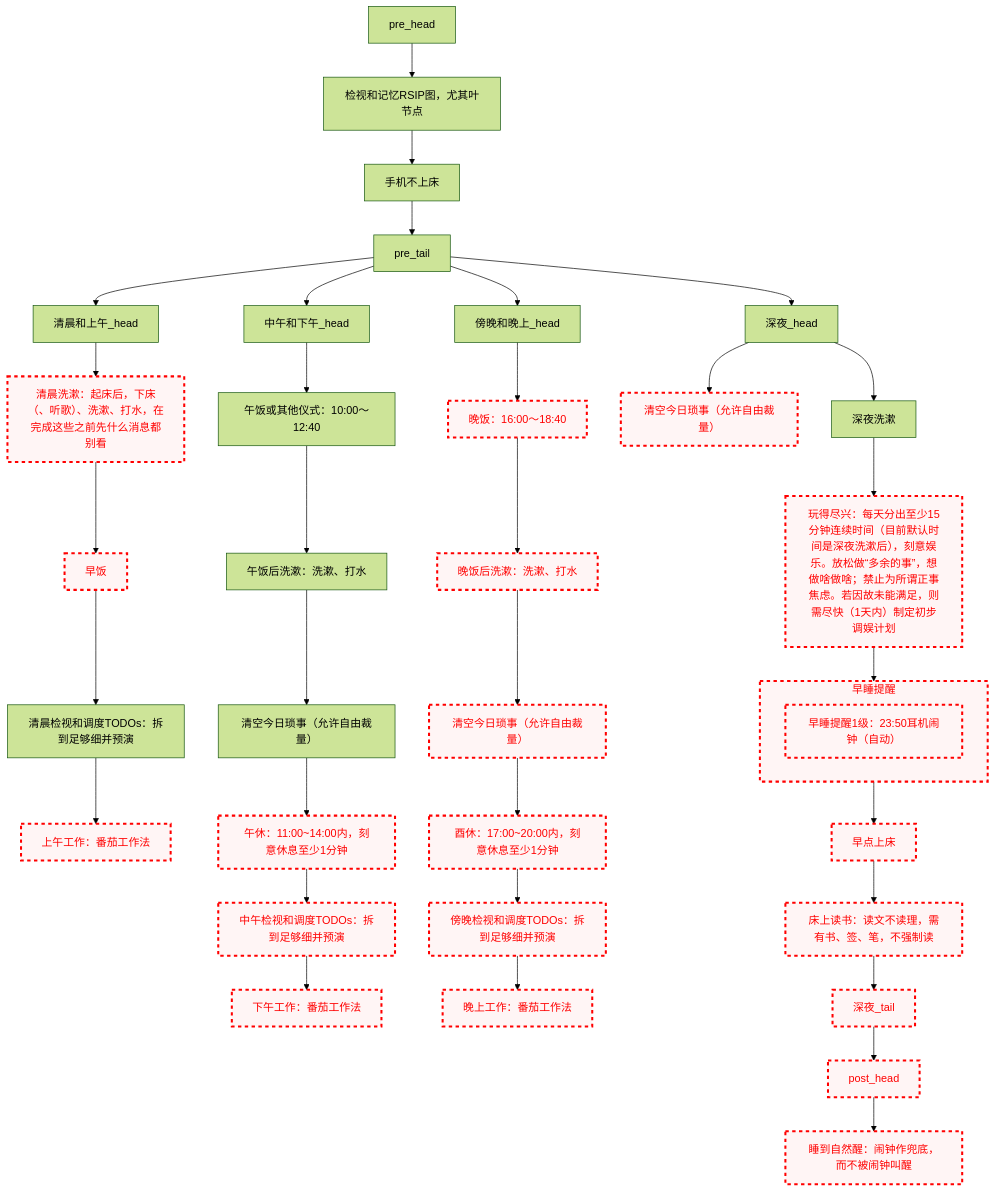
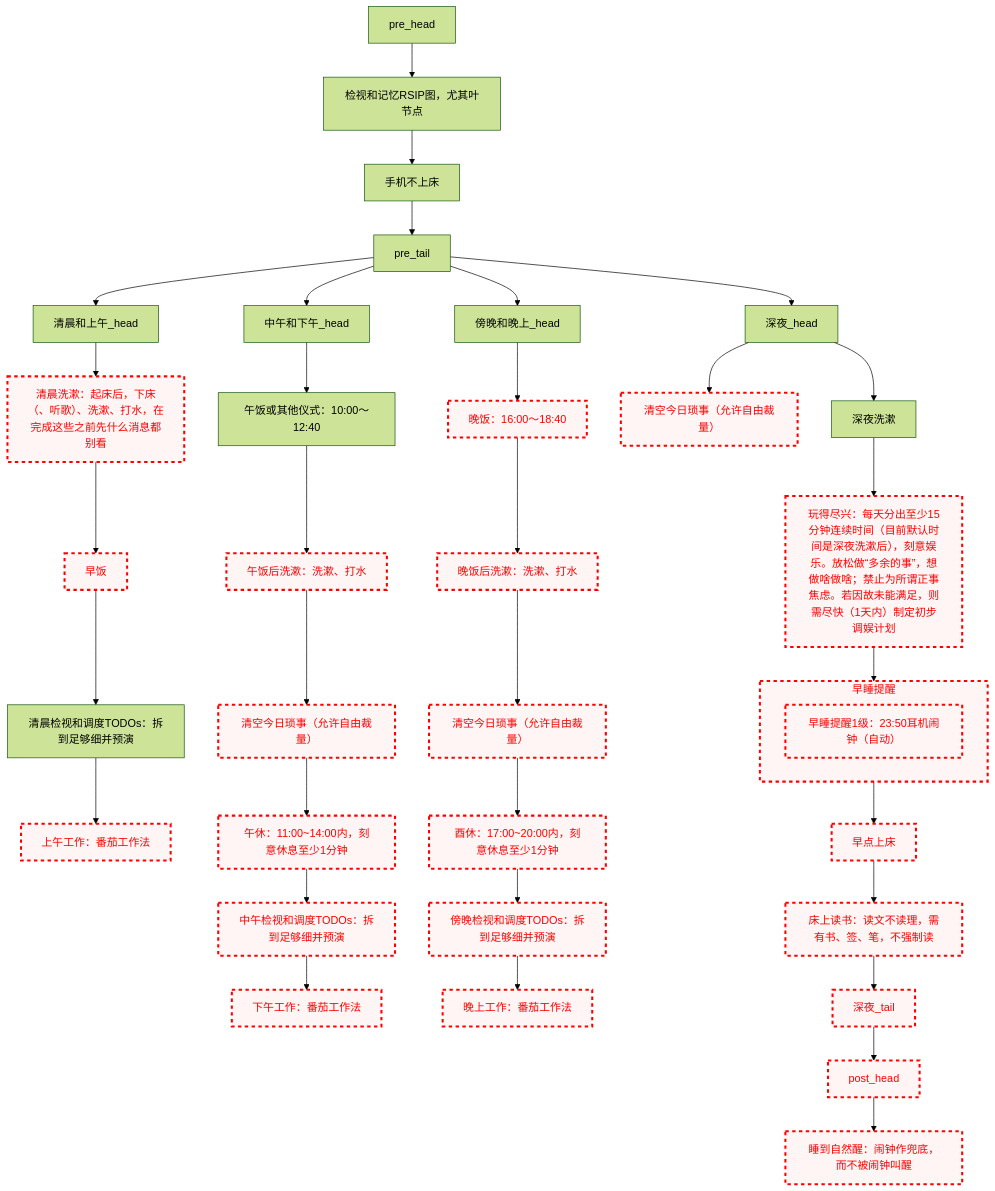
Before and after one commit to Ethkuil/RSIP-tree: the diagram in README.md, drawn with Mermaid (forest theme).

Commit message:
disable 午饭后洗漱

````diff
--- a/README.md
+++ b/README.md
@@ -21,71 +21,73 @@
 ```mermaid
 graph TD
 
 classDef failed stroke:#ff0000, stroke-width:3px, color:#ff0000, fill:#fff5f5, stroke-dasharray: 5
 
 pre_head --> RSIP[检视和记忆RSIP图，尤其叶节点]
 RSIP --> 手机不上床
 手机不上床 --> pre_tail
 
 
 pre_tail --> 清晨和上午_head
 清晨和上午_head --> 清晨洗漱
 清晨洗漱[清晨洗漱：起床后，下床（、听歌）、洗漱、打水，在完成这些之前先什么消息都别看]
 class 清晨洗漱 failed
 清晨洗漱 --> 早饭
 class 早饭 failed
 早饭 --> 清晨看TODO[清晨检视和调度TODOs：拆到足够细并预演]
 class 清晨看TODO failed.
 清晨看TODO --> 上午工作[上午工作：番茄工作法]
 class 上午工作 failed
 
 pre_tail --> 中午和下午_head
 中午和下午_head --> 午饭[午饭或其他仪式：10:00～12:40]
 午饭 --> 午饭后洗漱[午饭后洗漱：洗漱、打水]
+class 午饭后洗漱 failed
 午饭后洗漱 --> 中午今日琐事[清空今日琐事（允许自由裁量）]
+class 中午今日琐事 failed
 中午今日琐事 --> 午休[午休：11:00~14:00内，刻意休息至少1分钟]
 class 午休 failed
 午休 --> 中午看TODO[中午检视和调度TODOs：拆到足够细并预演]
 class 中午看TODO failed
 中午看TODO --> 下午工作[下午工作：番茄工作法]
 class 下午工作 failed
 
 pre_tail --> 傍晚和晚上_head
 傍晚和晚上_head --> 晚饭[晚饭：16:00～18:40]
 class 晚饭 failed
 晚饭 --> 晚饭后洗漱[晚饭后洗漱：洗漱、打水]
 class 晚饭后洗漱 failed
 晚饭后洗漱 --> 傍晚今日琐事[清空今日琐事（允许自由裁量）]
 class 傍晚今日琐事 failed
 傍晚今日琐事 --> 酉休[酉休：17:00~20:00内，刻意休息至少1分钟]
 class 酉休 failed
 酉休 --> 傍晚看TODO[傍晚检视和调度TODOs：拆到足够细并预演]
 class 傍晚看TODO failed
 傍晚看TODO --> 晚上工作[晚上工作：番茄工作法]
 class 晚上工作 failed
 
 pre_tail --> 深夜_head
 深夜_head --> 深夜今日琐事[清空今日琐事（允许自由裁量）]
 class 深夜今日琐事 failed
 深夜_head --> 深夜洗漱
 深夜洗漱 --> 玩得尽兴[玩得尽兴：每天分出至少15分钟连续时间（目前默认时间是深夜洗漱后），刻意娱乐。放松做“多余的事”，想做啥做啥；禁止为所谓正事焦虑。若因故未能满足，则需尽快（1天内）制定初步调娱计划]
 class 玩得尽兴 failed
 玩得尽兴 --> 早睡提醒
 subgraph 早睡提醒
   早睡提醒1级[早睡提醒1级：23:50耳机闹钟（自动）]
   class 早睡提醒1级 failed
 end
 class 早睡提醒 failed
 早睡提醒 --> 早点上床
 class 早点上床 failed
 早点上床 --> 床上读书[床上读书：读文不读理，需有书、签、笔，不强制读]
 class 床上读书 failed
 床上读书 --> 深夜_tail
 class 深夜_tail failed
 
 
 深夜_tail --> post_head
 class post_head failed
 post_head --> 睡到自然醒[睡到自然醒：闹钟作兜底，而不被闹钟叫醒]
 class 睡到自然醒 failed
 ```
````
